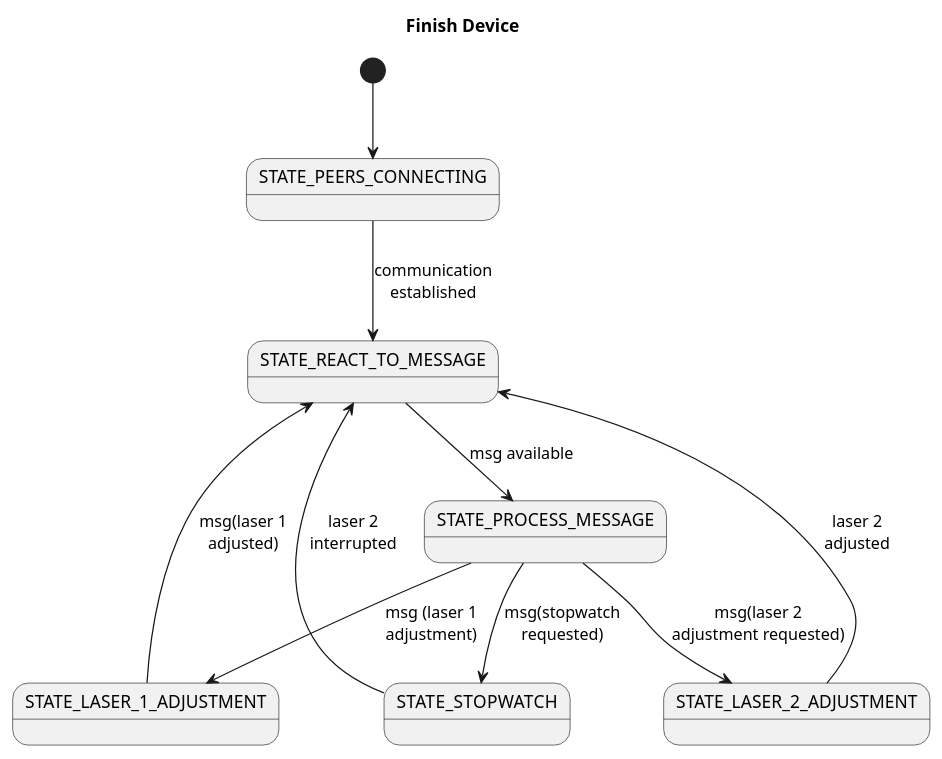
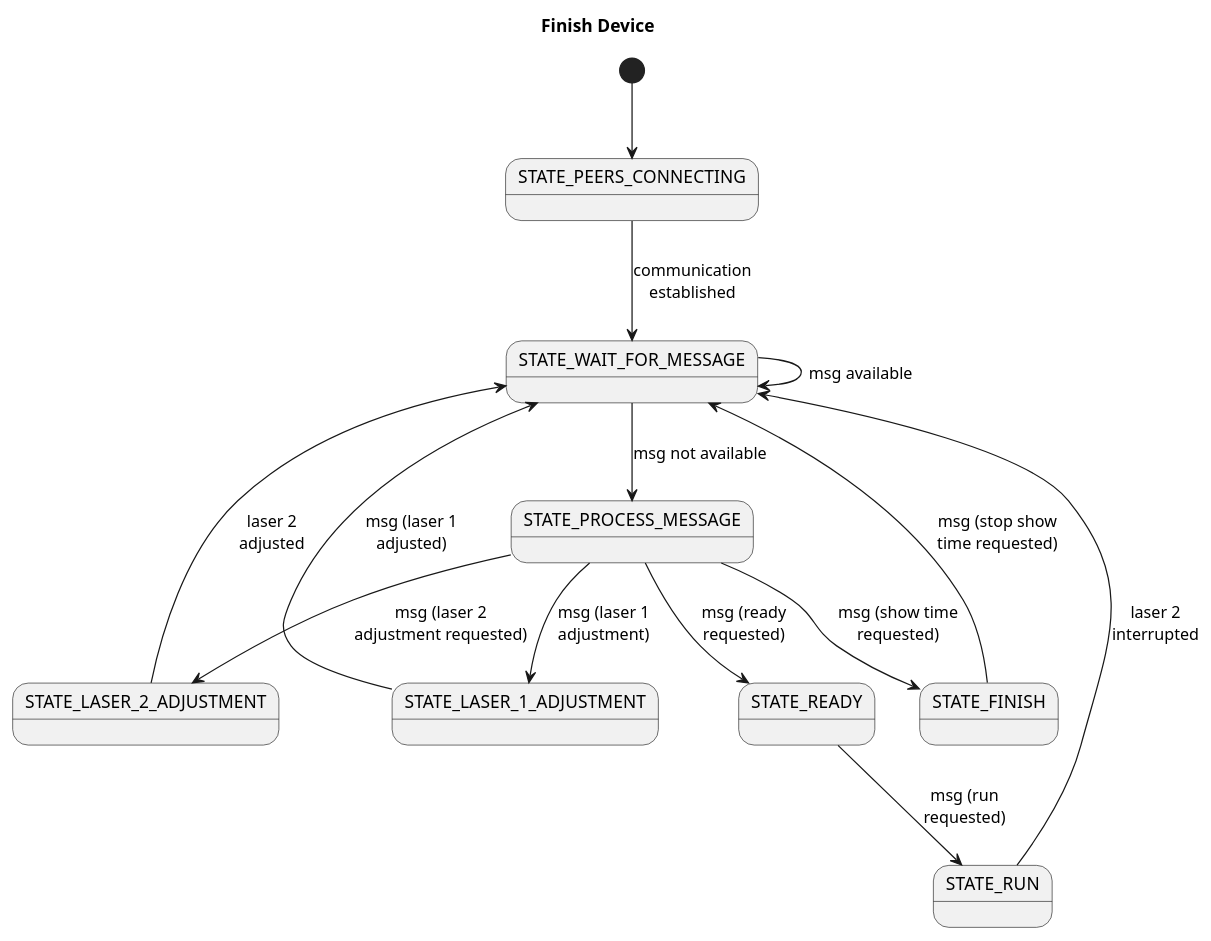
The diagram in doc/uml/state_diagram_finish.plantuml (bardolf/fatrug), drawn with PlantUML before and after one commit. The commit also changed 6 other files, not shown here.

```diff
--- a/doc/uml/state_diagram_finish.plantuml
+++ b/doc/uml/state_diagram_finish.plantuml
@@ -1,22 +1,27 @@
 @startuml
 
 title Finish Device
 
 state "STATE_PEERS_CONNECTING" as connection
-state "STATE_REACT_TO_MESSAGE" as react
+state "STATE_WAIT_FOR_MESSAGE" as wait
 state "STATE_LASER_1_ADJUSTMENT" as laser1
 state "STATE_LASER_2_ADJUSTMENT" as laser2
-state "STATE_STOPWATCH" as stopwatch
+state "STATE_READY" as ready
+state "STATE_RUN" as run
+state "STATE_FINISH" as finish
 state "STATE_PROCESS_MESSAGE" as process
 
 [*] --> connection
-connection --> react : communication\nestablished
-react --> process : msg available
+connection --> wait : communication\nestablished
+wait --> process : msg not available
+wait -> wait : msg available
 process --> laser1 : msg (laser 1\nadjustment)
-process --> laser2 : msg(laser 2\nadjustment requested)
-process --> stopwatch : msg(stopwatch\nrequested)
-laser1 --> react : msg(laser 1\nadjusted)
-laser2 --> react : laser 2\nadjusted
-stopwatch --> react : laser 2\ninterrupted
-
+laser1 -> wait : msg (laser 1\nadjusted)
+process --> laser2 : msg (laser 2\nadjustment requested)
+laser2 -> wait : laser 2\nadjusted
+process --> ready : msg (ready\nrequested)
+ready --> run : msg (run\nrequested)
+run -> wait : laser 2\ninterrupted
+process --> finish : msg (show time\nrequested)
+finish -> wait : msg (stop show\ntime requested)
 @enduml
```
